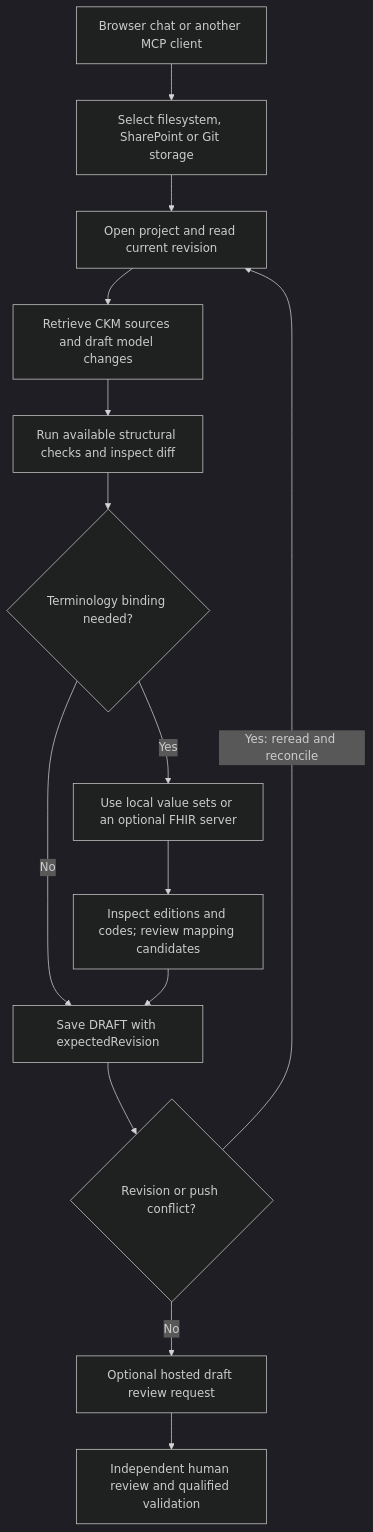
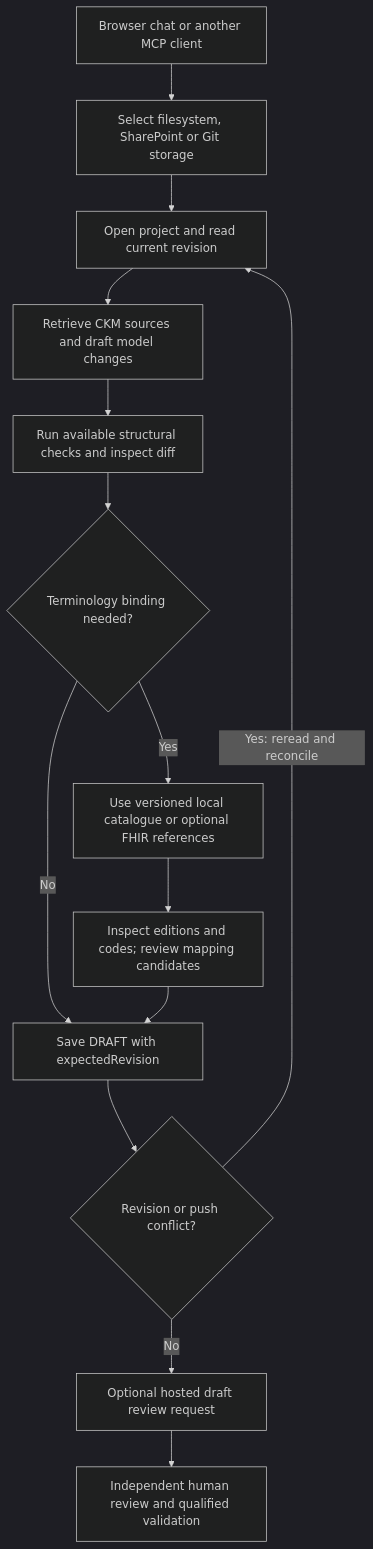
Before and after one commit to CzarMich/openehr-modelling-assistant: the second of 2 diagrams in README.md, drawn with Mermaid (dark theme). The commit also changed other lines of this file and 43 other files, not shown here.

Commit message:
feat(terminology): add versioned project catalogue and offline operations

````diff
--- a/README.md
+++ b/README.md
@@ -118,15 +118,15 @@
 ```mermaid
 flowchart TD
     Chat[Browser chat or another MCP client] --> P[Select filesystem, SharePoint or Git storage] --> R[Open project and read current revision]
     R --> D[Retrieve CKM sources and draft model changes]
     D --> V[Run available structural checks and inspect diff]
     V --> T{Terminology binding needed?}
     T -->|No| S[Save DRAFT with expectedRevision]
-    T -->|Yes| B[Use local value sets or an optional FHIR server]
+    T -->|Yes| B[Use versioned local catalogue or optional FHIR references]
     B --> TB[Inspect editions and codes; review mapping candidates]
     TB --> S
     S --> C{Revision or push conflict?}
     C -->|Yes: reread and reconcile| R
     C -->|No| PR[Optional hosted draft review request]
     PR --> H[Independent human review and qualified validation]
 ```
````
